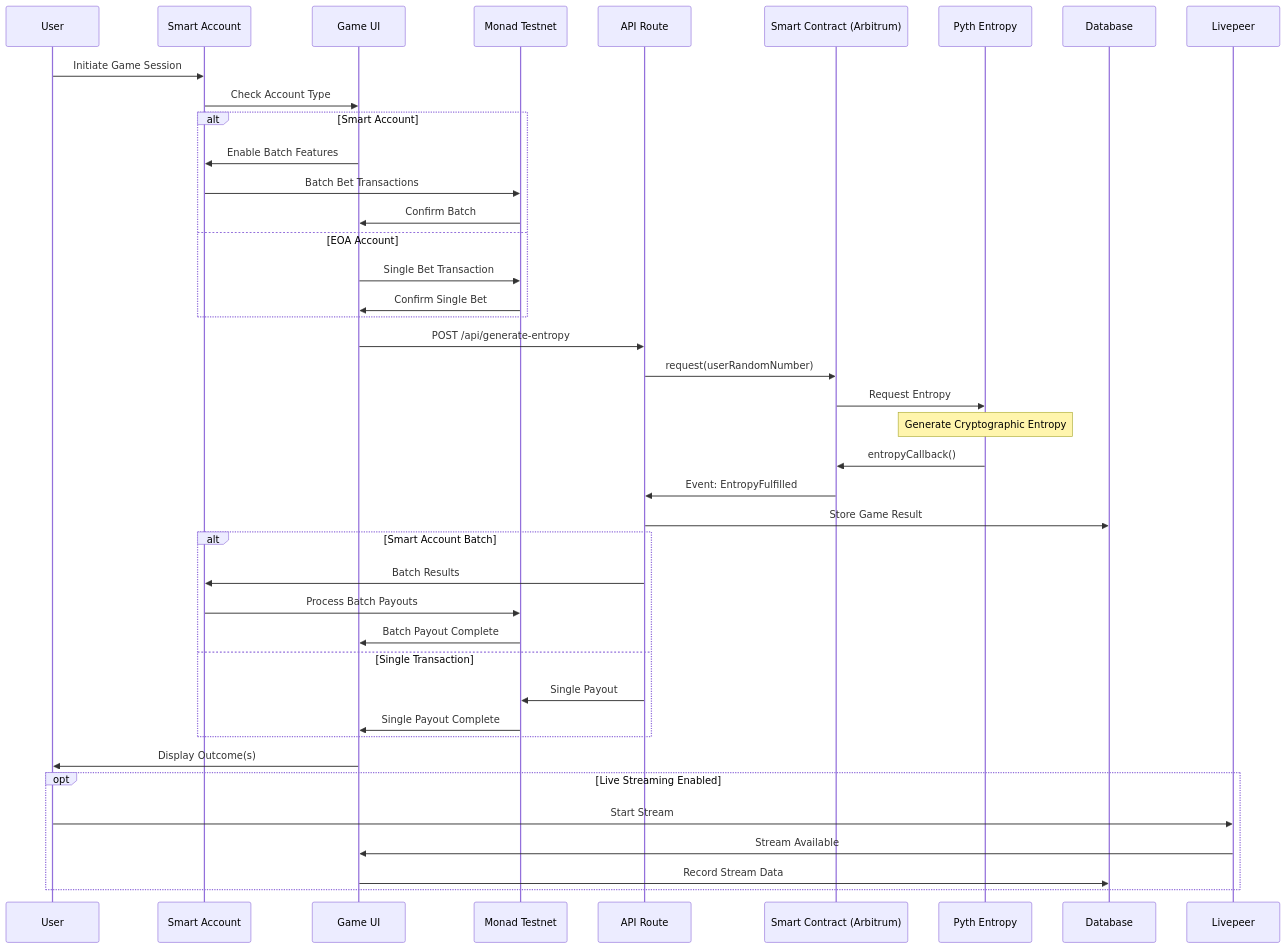
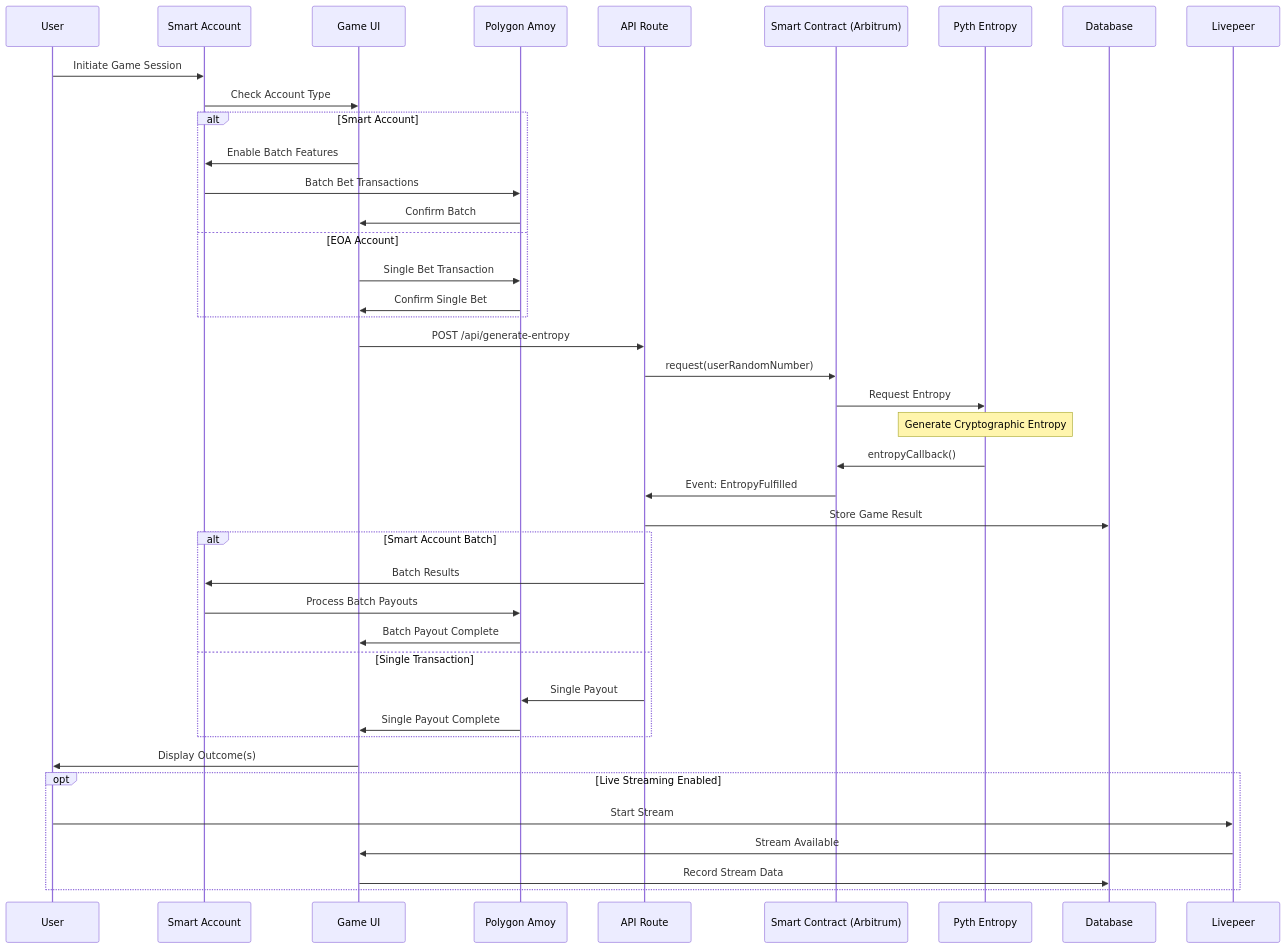
The third of 6 diagrams in README.md (AmaanSayyad/APT-Casino-Polygon), drawn with Mermaid before and after one commit. The commit also changed other lines of this file, not shown here.

````diff
--- a/README.md
+++ b/README.md
@@ -380,51 +209,51 @@
 ```mermaid
 sequenceDiagram
     participant U as User
     participant SA as Smart Account
     participant UI as Game UI
-    participant MT as Monad Testnet
+    participant PA as Polygon Amoy
     participant API as API Route
     participant SC as Smart Contract (Arbitrum)
     participant PE as Pyth Entropy
     participant DB as Database
     participant LP as Livepeer
     
     U->>SA: Initiate Game Session
     SA->>UI: Check Account Type
     
     alt Smart Account
         UI->>SA: Enable Batch Features
-        SA->>MT: Batch Bet Transactions
-        MT->>UI: Confirm Batch
+        SA->>PA: Batch Bet Transactions
+        PA->>UI: Confirm Batch
     else EOA Account
-        UI->>MT: Single Bet Transaction
-        MT->>UI: Confirm Single Bet
+        UI->>PA: Single Bet Transaction
+        PA->>UI: Confirm Single Bet
     end
     
     UI->>API: POST /api/generate-entropy
     API->>SC: request(userRandomNumber)
     SC->>PE: Request Entropy
     
     Note over PE: Generate Cryptographic Entropy
     
     PE->>SC: entropyCallback()
     SC->>API: Event: EntropyFulfilled
     API->>DB: Store Game Result
     
     alt Smart Account Batch
         API->>SA: Batch Results
-        SA->>MT: Process Batch Payouts
-        MT->>UI: Batch Payout Complete
+        SA->>PA: Process Batch Payouts
+        PA->>UI: Batch Payout Complete
     else Single Transaction
-        API->>MT: Single Payout
-        MT->>UI: Single Payout Complete
+        API->>PA: Single Payout
+        PA->>UI: Single Payout Complete
     end
     
     UI->>U: Display Outcome(s)
     
     opt Live Streaming Enabled
         U->>LP: Start Stream
         LP->>UI: Stream Available
         UI->>DB: Record Stream Data
     end
 ```
````
